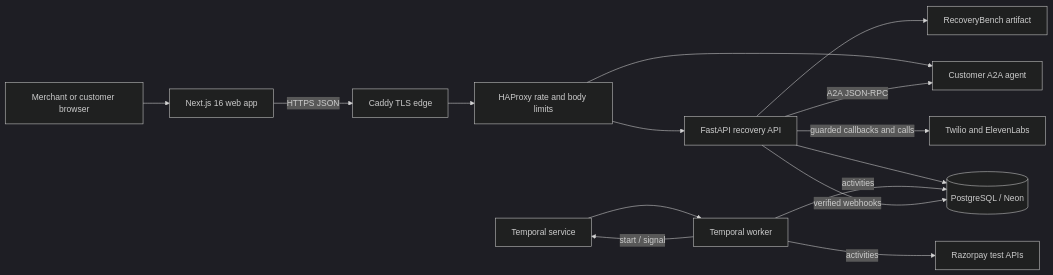
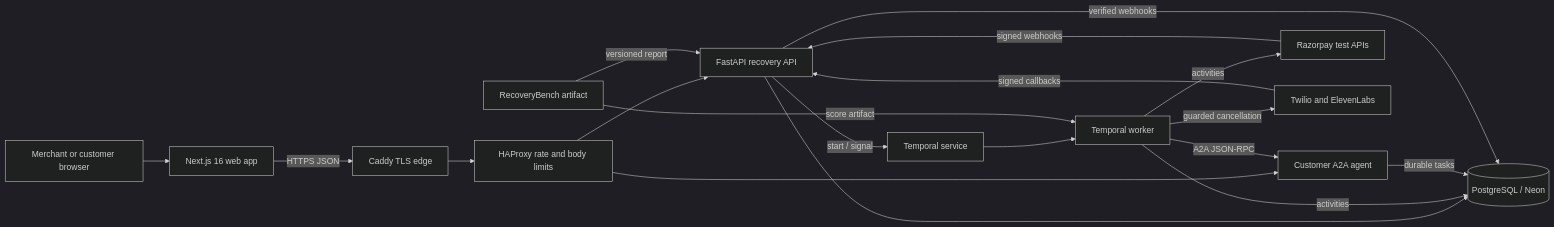
Before and after one commit to r9jdp/RecoveryOS: the diagram in docs/architecture/system-architecture.md, drawn with Mermaid (dark theme). The commit also changed other lines of this file and 9 other files, not shown here.

````diff
--- a/docs/architecture/system-architecture.md
+++ b/docs/architecture/system-architecture.md
@@ -7,30 +7,34 @@
 ```mermaid
 flowchart LR
     Browser[Merchant or customer browser]
     Web[Next.js 16 web app]
     Caddy[Caddy TLS edge]
     Gateway[HAProxy rate and body limits]
     API[FastAPI recovery API]
     Agent[Customer A2A agent]
     DB[(PostgreSQL / Neon)]
     Temporal[Temporal service]
     Worker[Temporal worker]
     Razorpay[Razorpay test APIs]
     Voice[Twilio and ElevenLabs]
     Lab[RecoveryBench artifact]
 
     Browser --> Web
     Web -->|HTTPS JSON| Caddy
     Caddy --> Gateway
     Gateway --> API
     Gateway --> Agent
     API --> DB
+    API -->|start / signal| Temporal
     Temporal --> Worker
     Worker -->|activities| DB
     Worker -->|activities| Razorpay
-    Worker -->|start / signal| Temporal
+    Worker -->|A2A JSON-RPC| Agent
+    Worker -->|guarded cancellation| Voice
+    Lab -->|score artifact| Worker
+    Agent -->|durable tasks| DB
+    Razorpay -->|signed webhooks| API
     API -->|verified webhooks| DB
-    API -->|A2A JSON-RPC| Agent
-    API -->|guarded callbacks and calls| Voice
-    API --> Lab
+    Voice -->|signed callbacks| API
+    Lab -->|versioned report| API
 ```
````
